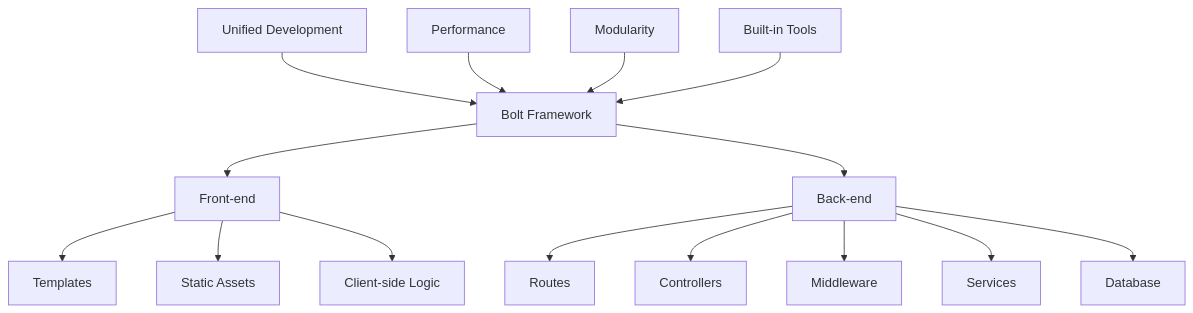
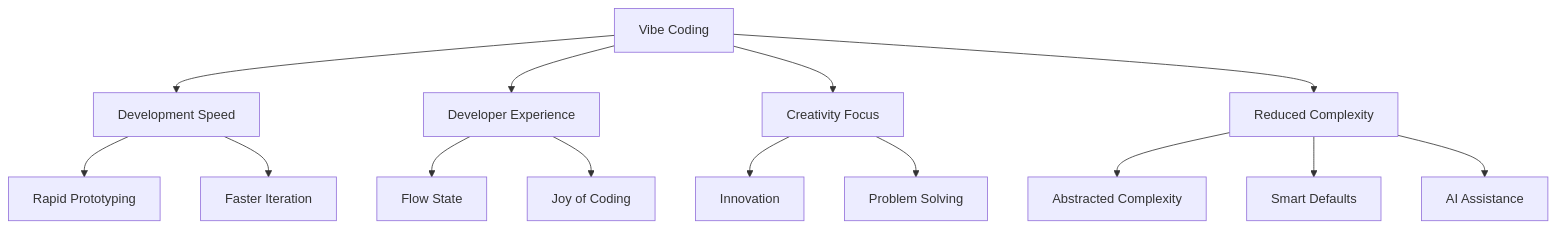
The first of 3 diagrams in docs/07-Vibe-Coding-framework.md (racksync/workshop-ai), drawn with Mermaid before and after one commit. The commit also changed other lines of this file and 7 other files, not shown here.

````diff
--- a/docs/07-Vibe-Coding-framework.md
+++ b/docs/07-Vibe-Coding-framework.md
@@ -24,20 +23,20 @@
 ```mermaid
 graph TD
-    A[Bolt Framework] --> B[Front-end]
-    A --> C[Back-end]
+    A[Vibe Coding] --> B[Development Speed]
+    A --> C[Developer Experience]
+    A --> D[Creativity Focus]
+    A --> E[Reduced Complexity]
     
-    B --> D[Templates]
-    B --> E[Static Assets]
-    B --> F[Client-side Logic]
+    B --> F[Rapid Prototyping]
+    B --> G[Faster Iteration]
     
-    C --> G[Routes]
-    C --> H[Controllers]
-    C --> I[Middleware]
-    C --> J[Services]
-    C --> K[Database]
+    C --> H[Flow State]
+    C --> I[Joy of Coding]
     
-    L[Unified Development] --> A
-    M[Performance] --> A
-    N[Modularity] --> A
-    O[Built-in Tools] --> A
+    D --> J[Innovation]
+    D --> K[Problem Solving]
+    
+    E --> L[Abstracted Complexity]
+    E --> M[Smart Defaults]
+    E --> N[AI Assistance]
 ```
````
